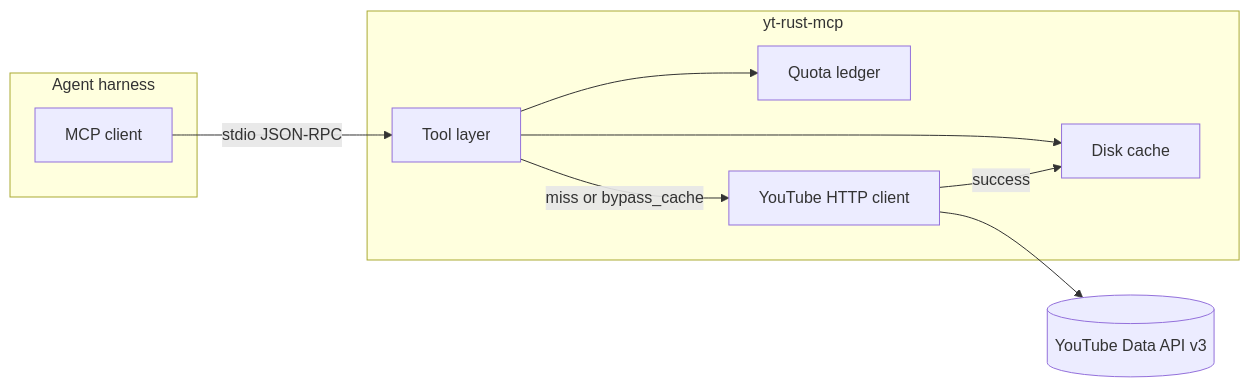
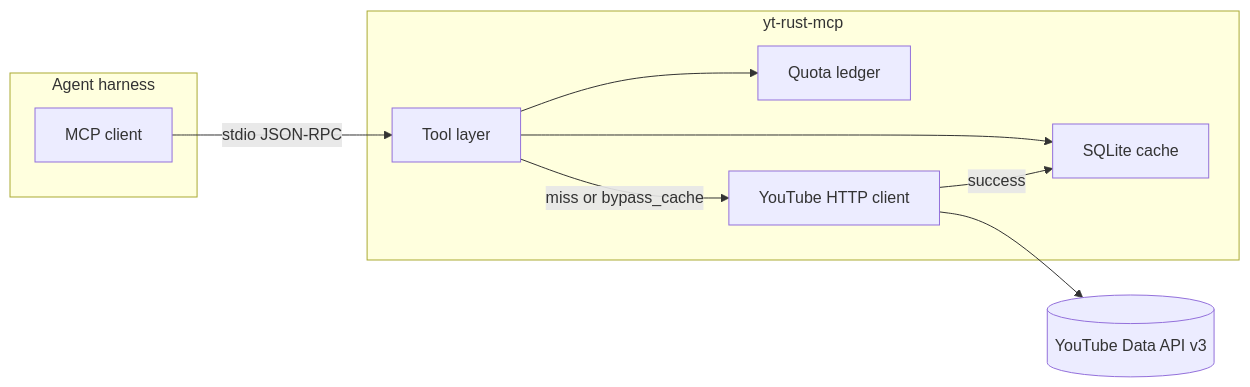
The first of 2 diagrams in docs/superpowers/specs/2026-11-01-yt-rust-mcp-design.md (AdrianBinDC/yt-rust-mcp), drawn with Mermaid before and after one commit. The commit also changed other lines of this file and 10 other files, not shown here.

Commit message:
Lock the v1 crate list, SQLite cache, and implementation plan.

````diff
--- a/docs/superpowers/specs/2026-11-01-yt-rust-mcp-design.md
+++ b/docs/superpowers/specs/2026-11-01-yt-rust-mcp-design.md
@@ -24,19 +24,19 @@
 ```mermaid
 flowchart LR
   subgraph harness [Agent harness]
     A[MCP client]
   end
   subgraph server [yt-rust-mcp]
     T[Tool layer]
     Q[Quota ledger]
-    C[Disk cache]
+    C[SQLite cache]
     H[YouTube HTTP client]
   end
   Y[(YouTube Data API v3)]
   A -->|stdio JSON-RPC| T
   T --> Q
   T --> C
   T -->|miss or bypass_cache| H
   H --> Y
   H -->|success| C
 ```
````
